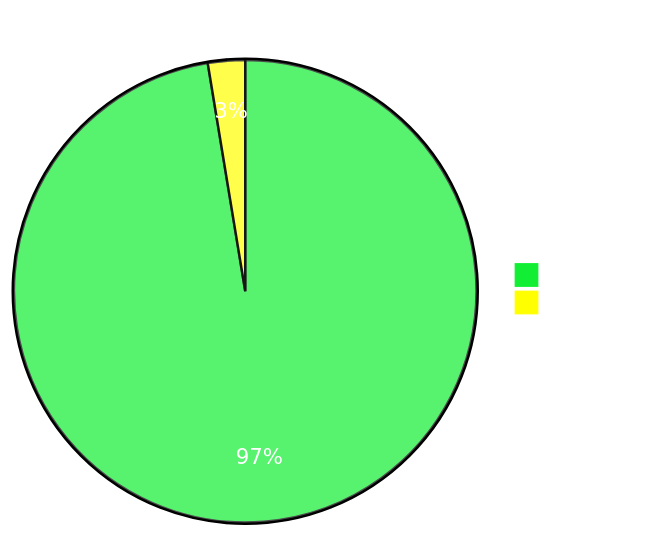
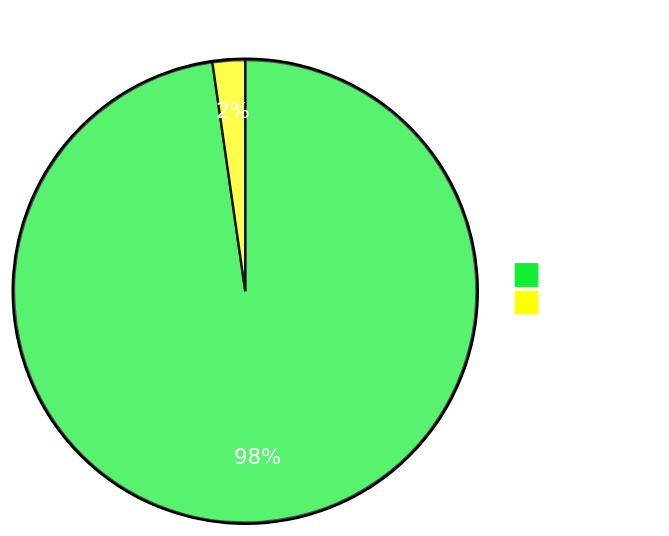
The diagram in Readme.md (sumanthtatipamula/Programming), drawn with Mermaid before and after one commit. The commit also changed 14 other files, not shown here.

````diff
--- a/Readme.md
+++ b/Readme.md
@@ -23,18 +23,18 @@
 ```mermaid
 %%{
   init:
   {
     'theme': 'base',
     'themeVariables':
       {
         'primaryTextColor': '#fff',
         'pie1': '#1E3',
         'pie2': '#FFFF00'
       }
   }
 }%%
 pie showData
     title Problems Solved Per Tag
-    "Tree" : 75
+    "Tree" : 86
     "Graphs": 2
 ```
````
